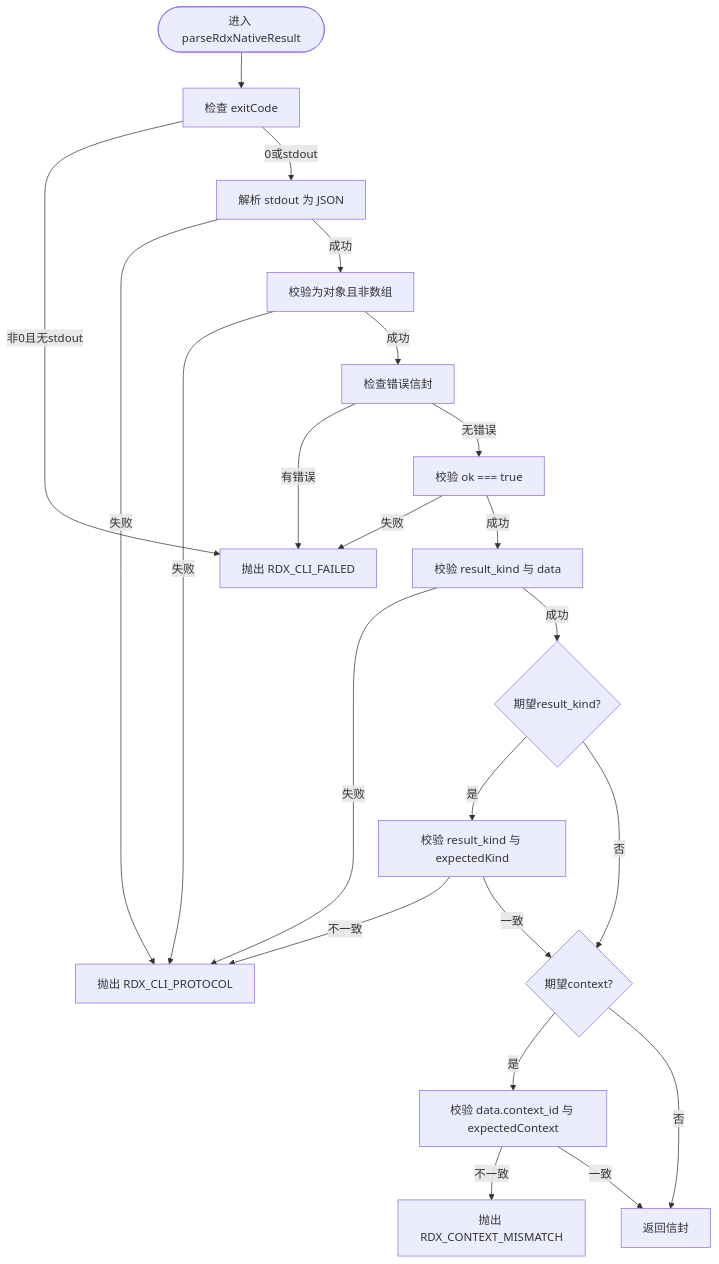
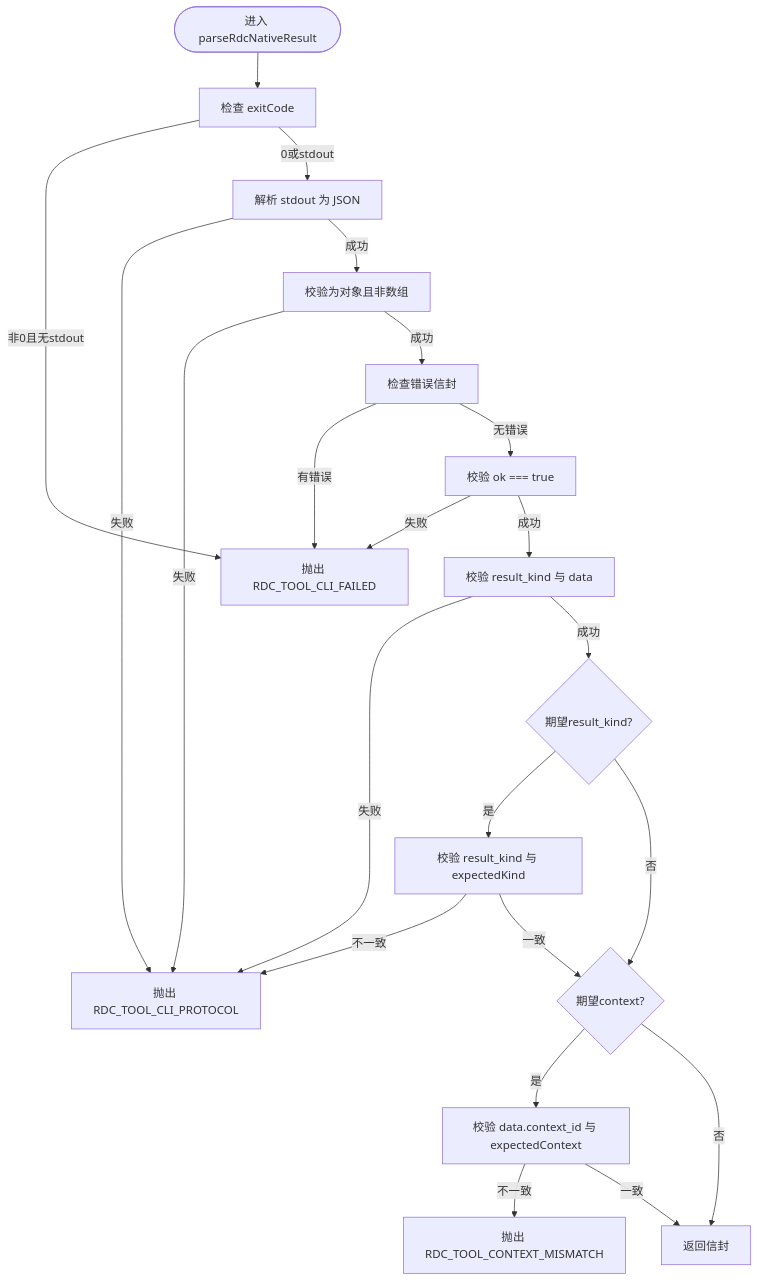
The third of 5 diagrams in .qoder/repowiki/zh/content/架构设计/核心组件设计/CLI调用器设计/原生协议定义.md (haolange/RDC-Agent), drawn with Mermaid before and after one commit. The commit also changed other lines of this file and 557 other files, not shown here.

First line of the commit message:
Unify RDC-Agent identity and canonical RDC-Tool integration

````diff
--- a/.qoder/repowiki/zh/content/架构设计/核心组件设计/CLI调用器设计/原生协议定义.md
+++ b/.qoder/repowiki/zh/content/架构设计/核心组件设计/CLI调用器设计/原生协议定义.md
@@ -170,24 +170,24 @@
 ```mermaid
 flowchart TD
-Start(["进入 parseRdxNativeResult"]) --> CheckExit["检查 exitCode"]
-CheckExit --> |非0且无stdout| ThrowFailed["抛出 RDX_CLI_FAILED"]
+Start(["进入 parseRdcNativeResult"]) --> CheckExit["检查 exitCode"]
+CheckExit --> |非0且无stdout| ThrowFailed["抛出 RDC_TOOL_CLI_FAILED"]
 CheckExit --> |0或stdout| ParseJSON["解析 stdout 为 JSON"]
-ParseJSON --> |失败| ThrowProto["抛出 RDX_CLI_PROTOCOL"]
+ParseJSON --> |失败| ThrowProto["抛出 RDC_TOOL_CLI_PROTOCOL"]
 ParseJSON --> |成功| ValidateObj["校验为对象且非数组"]
 ValidateObj --> |失败| ThrowProto
 ValidateObj --> |成功| CheckErrorEnvelope["检查错误信封"]
 CheckErrorEnvelope --> |有错误| ThrowFailed
 CheckErrorEnvelope --> |无错误| CheckOk["校验 ok === true"]
 CheckOk --> |失败| ThrowFailed
 CheckOk --> |成功| CheckKindData["校验 result_kind 与 data"]
 CheckKindData --> |失败| ThrowProto
 CheckKindData --> |成功| CheckExpectedKind{"期望result_kind?"}
 CheckExpectedKind --> |是| VerifyKind["校验 result_kind 与 expectedKind"]
 VerifyKind --> |不一致| ThrowProto
 VerifyKind --> |一致| CheckCtx{"期望context?"}
 CheckExpectedKind --> |否| CheckCtx
 CheckCtx --> |是| VerifyCtx["校验 data.context_id 与 expectedContext"]
-VerifyCtx --> |不一致| ThrowCtx["抛出 RDX_CONTEXT_MISMATCH"]
+VerifyCtx --> |不一致| ThrowCtx["抛出 RDC_TOOL_CONTEXT_MISMATCH"]
 VerifyCtx --> |一致| Return["返回信封"]
 CheckCtx --> |否| Return
 ```
````
